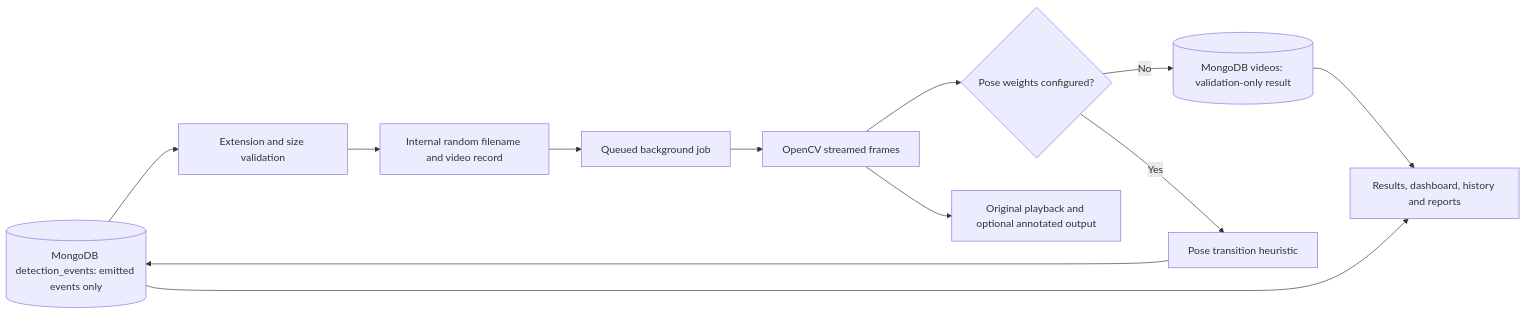
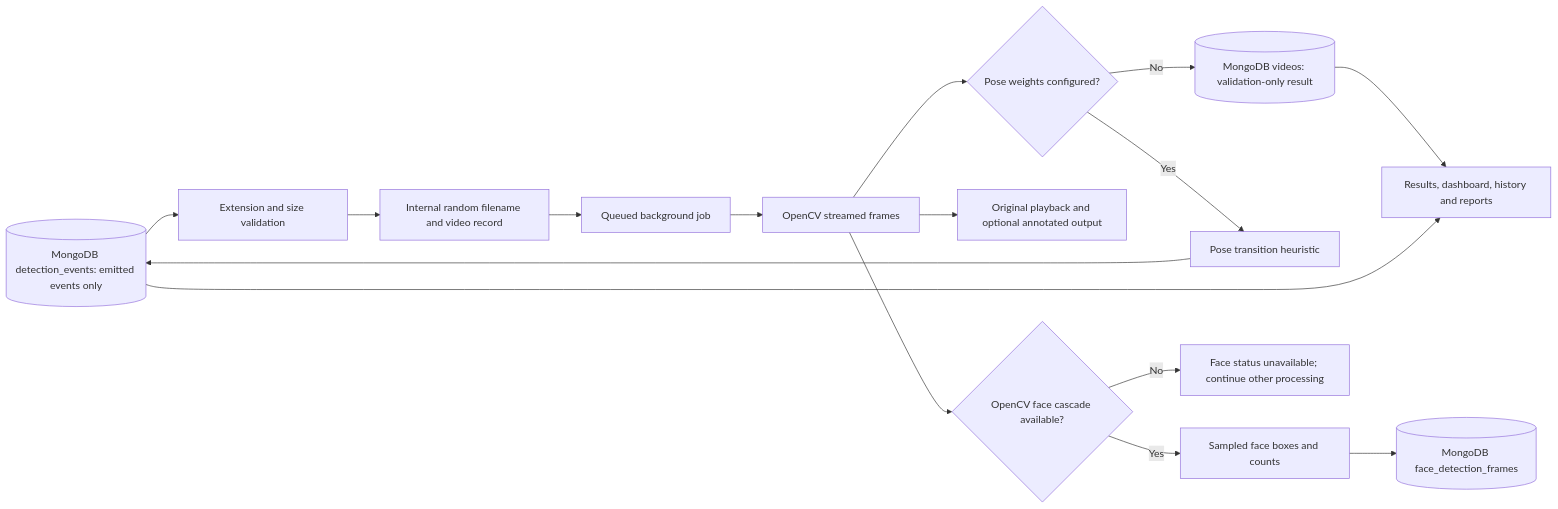
Before and after one commit to Naina090/Human-Anomaly: the second of 2 diagrams in docs/PROJECT_REPORT.md, drawn with Mermaid. The commit also changed other lines of this file and 29 other files, not shown here.

````diff
--- a/docs/PROJECT_REPORT.md
+++ b/docs/PROJECT_REPORT.md
@@ -63,14 +73,18 @@
 ```mermaid
 flowchart LR
  E[Selected video] --> V[Extension and size validation]
  V --> I[Internal random filename and video record]
  I --> J[Queued background job]
  J --> P[OpenCV streamed frames]
  P --> M{Pose weights configured?}
  M -->|No| DB[(MongoDB videos: validation-only result)]
  M -->|Yes| H[Pose transition heuristic]
  H --> E[(MongoDB detection_events: emitted events only)]
  P --> O[Original playback and optional annotated output]
+ P --> F{OpenCV face cascade available?}
+ F -->|Yes| FC[Sampled face boxes and counts]
+ FC --> FF[(MongoDB face_detection_frames)]
+ F -->|No| FU[Face status unavailable; continue other processing]
  DB --> R[Results, dashboard, history and reports]
  E --> R
 ```
````
